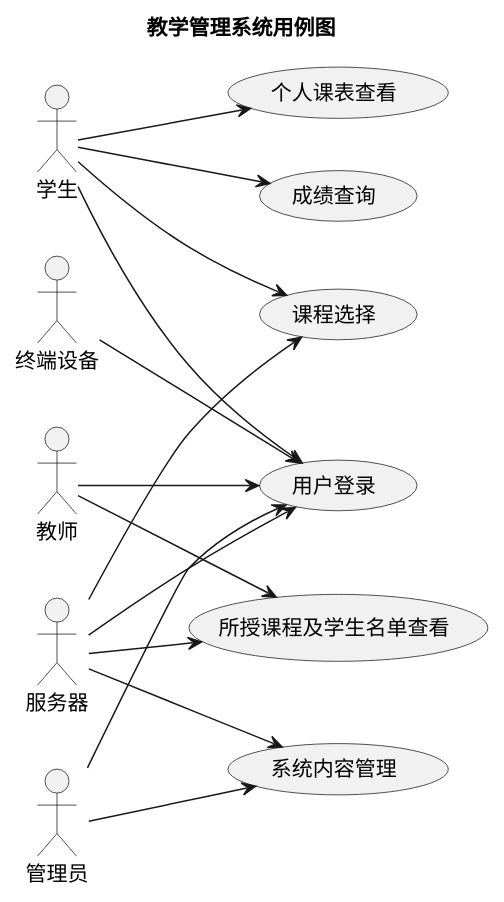
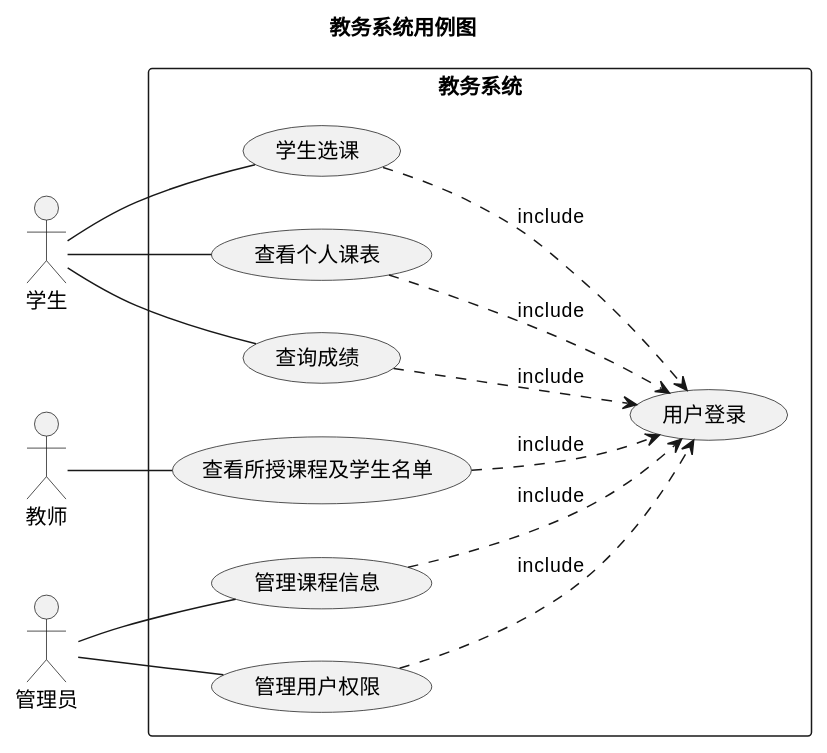
One commit to Calebbbbbbbbbb/my-agent-system changed the diagram in assets/用例图.puml. Above: the diagram before and after it, drawn with PlantUML. The commit also changed other lines of this file and 44 other files, not shown here.

```diff
--- a/assets/用例图.puml
+++ b/assets/用例图.puml
@@ -2,36 +2,34 @@
 @startuml
 left to right direction
 
-title 教学管理系统用例图
+title 教务系统用例图
 
-actor "学生"
-actor "教师"
-actor "管理员"
-actor "终端设备"
-actor "服务器"
+actor "学生" as student
+actor "教师" as teacher
+actor "管理员" as admin
 
-usecase "用户登录"
-usecase "课程选择"
-usecase "个人课表查看"
-usecase "成绩查询"
-usecase "所授课程及学生名单查看"
-usecase "系统内容管理"
+rectangle "教务系统" {
+    usecase "用户登录" as login
+    usecase "学生选课" as select_course
+    usecase "查看个人课表" as view_schedule
+    usecase "查询成绩" as query_grades
+    usecase "查看所授课程及学生名单" as view_course_students
+    usecase "管理课程信息" as manage_course_info
+    usecase "管理用户权限" as manage_user_permissions
+}
 
-"学生" --> "用户登录"
-"学生" --> "课程选择"
-"学生" --> "个人课表查看"
-"学生" --> "成绩查询"
+student -- select_course
+student -- view_schedule
+student -- query_grades
+teacher -- view_course_students
+admin -- manage_course_info
+admin -- manage_user_permissions
 
-"教师" --> "用户登录"
-"教师" --> "所授课程及学生名单查看"
-
-"管理员" --> "用户登录"
-"管理员" --> "系统内容管理"
-
-"终端设备" --> "用户登录"
-"服务器" --> "用户登录"
-"服务器" --> "课程选择"
-"服务器" --> "所授课程及学生名单查看"
-"服务器" --> "系统内容管理"
+select_course ..> login : include
+view_schedule ..> login : include
+query_grades ..> login : include
+view_course_students ..> login : include
+manage_course_info ..> login : include
+manage_user_permissions ..> login : include
 
 @enduml
```
